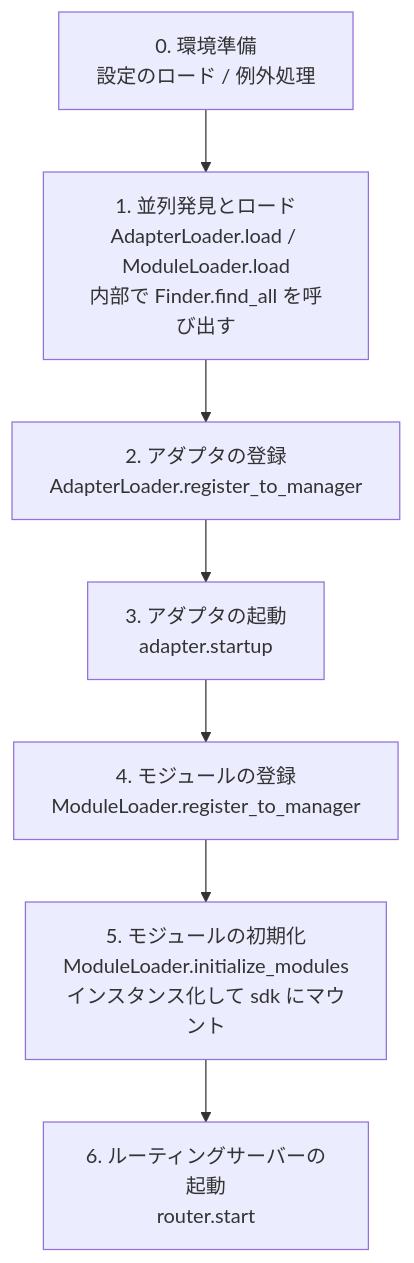
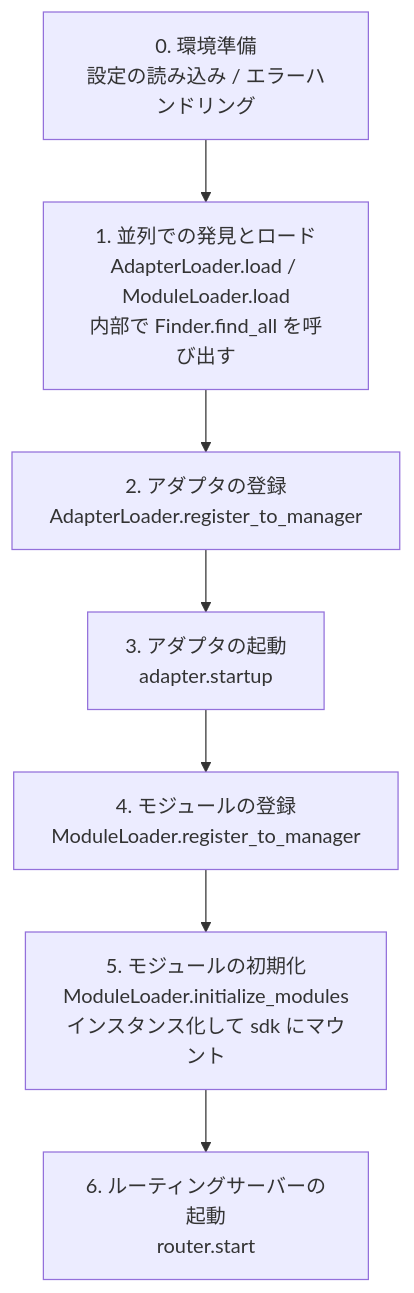
Before and after one commit to ErisPulse/ErisPulse: the diagram in docs/ja/advanced/startup.md, drawn with Mermaid. The commit also changed other lines of this file and 127 other files, not shown here.

````diff
--- a/docs/ja/advanced/startup.md
+++ b/docs/ja/advanced/startup.md
@@ -27,10 +29,10 @@
 ```mermaid
 flowchart TD
-    A[0. 環境準備<br/>設定のロード / 例外処理] --> B
-    B[1. 並列発見とロード<br/>AdapterLoader.load / ModuleLoader.load<br/>内部で Finder.find_all を呼び出す] --> C
+    A[0. 環境準備<br/>設定の読み込み / エラーハンドリング] --> B
+    B[1. 並列での発見とロード<br/>AdapterLoader.load / ModuleLoader.load<br/>内部で Finder.find_all を呼び出す] --> C
     C[2. アダプタの登録<br/>AdapterLoader.register_to_manager] --> D
     D[3. アダプタの起動<br/>adapter.startup] --> E
     E[4. モジュールの登録<br/>ModuleLoader.register_to_manager] --> F
     F[5. モジュールの初期化<br/>ModuleLoader.initialize_modules<br/>インスタンス化して sdk にマウント] --> G
     G[6. ルーティングサーバーの起動<br/>router.start]
 ```
````
